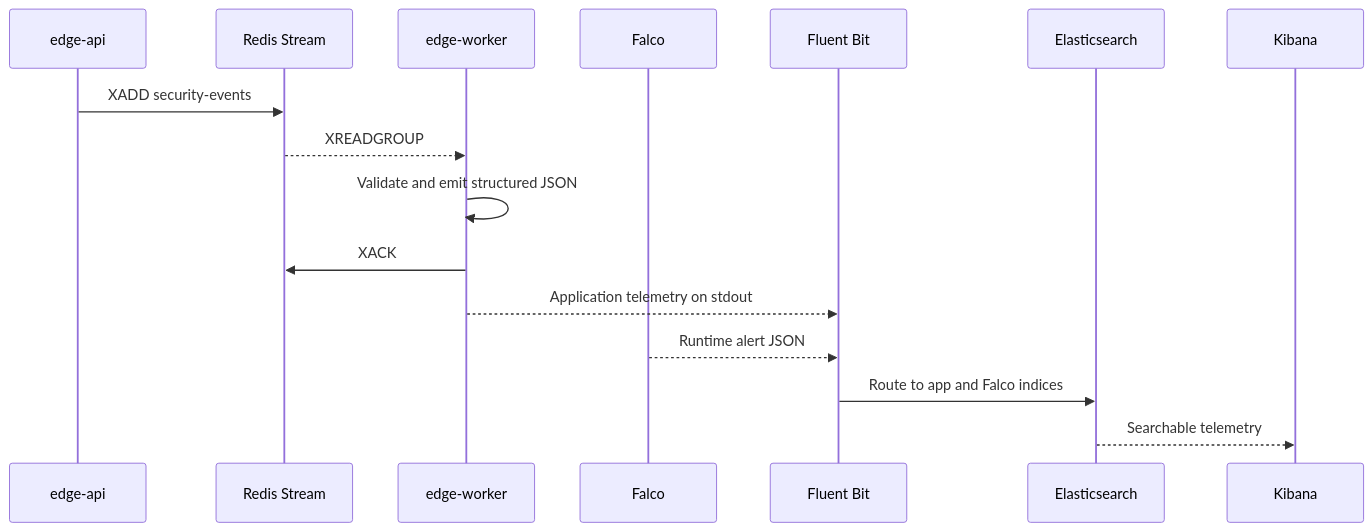
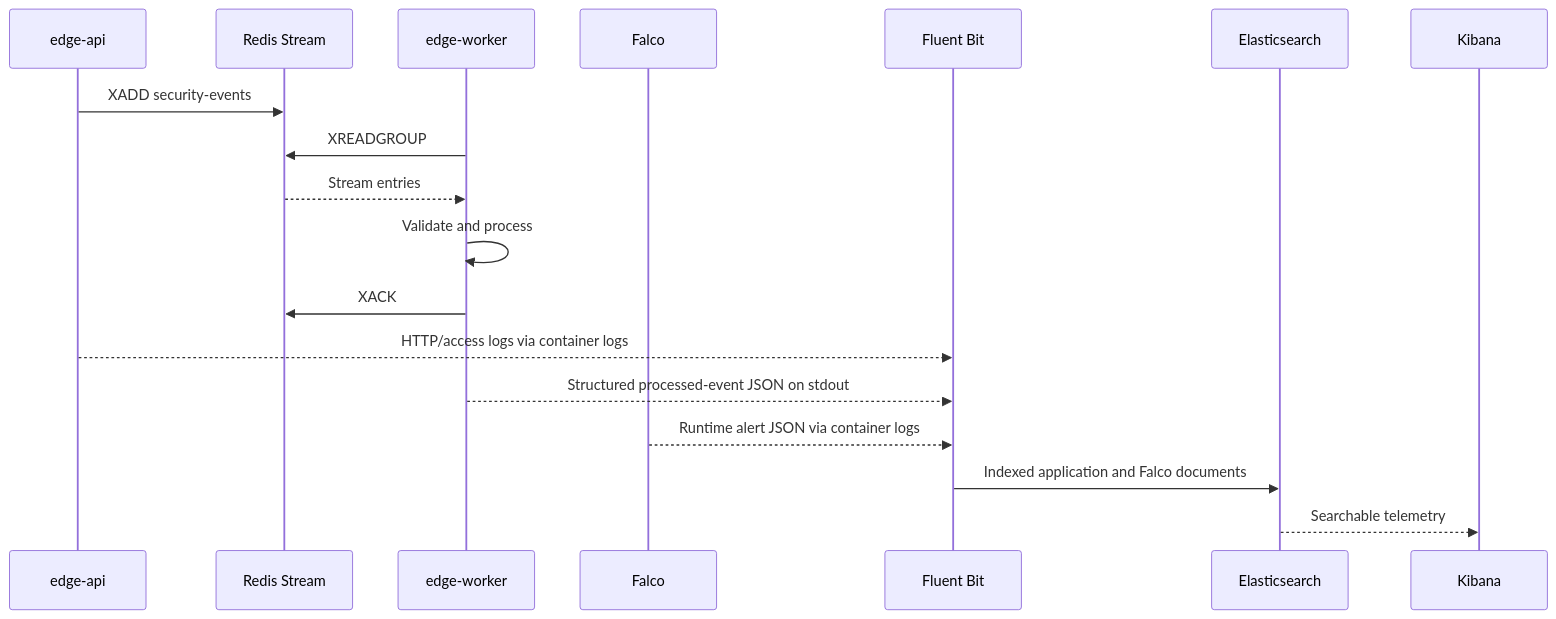
One commit to dedsec-terminal/KubeSentinel changed the second of 2 diagrams in README.md. Above: the diagram before and after it, drawn with Mermaid. The commit also changed other lines of this file and 14 other files, not shown here.

Commit message:
docs: refine project terminology and architecture accuracy

````diff
--- a/README.md
+++ b/README.md
@@ -81,19 +81,21 @@
 ```mermaid
 sequenceDiagram
     participant API as edge-api
     participant Redis as Redis Stream
     participant Worker as edge-worker
     participant Falco as Falco
     participant Fluent as Fluent Bit
     participant Elastic as Elasticsearch
     participant Kibana as Kibana
 
     API->>Redis: XADD security-events
-    Redis-->>Worker: XREADGROUP
-    Worker->>Worker: Validate and emit structured JSON
+    Worker->>Redis: XREADGROUP
+    Redis-->>Worker: Stream entries
+    Worker->>Worker: Validate and process
     Worker->>Redis: XACK
-    Worker-->>Fluent: Application telemetry on stdout
-    Falco-->>Fluent: Runtime alert JSON
-    Fluent->>Elastic: Route to app and Falco indices
+    API-->>Fluent: HTTP/access logs via container logs
+    Worker-->>Fluent: Structured processed-event JSON on stdout
+    Falco-->>Fluent: Runtime alert JSON via container logs
+    Fluent->>Elastic: Indexed application and Falco documents
     Elastic-->>Kibana: Searchable telemetry
 ```
````
